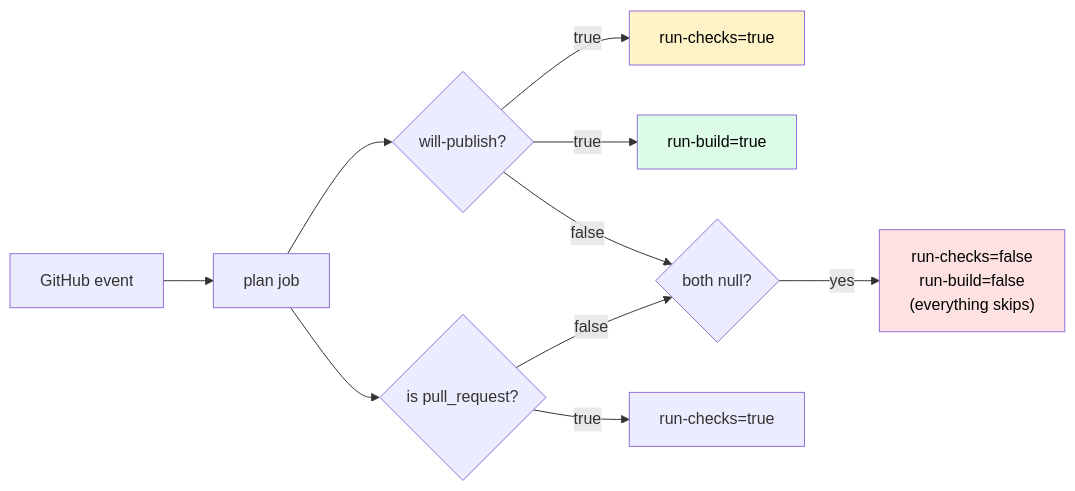
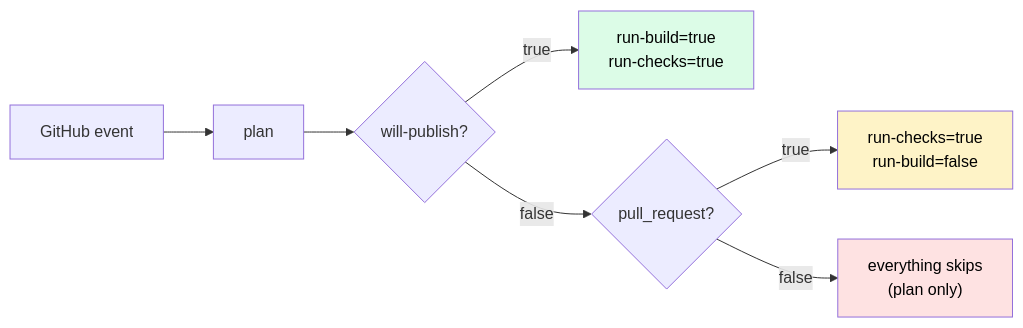
One commit to hyperi-io/hyperi-ci changed the third of 3 diagrams in docs/ARCHITECTURE.md. Above: the diagram before and after it, drawn with Mermaid. The commit also changed other lines of this file and 174 other files, not shown here.

````diff
--- a/docs/ARCHITECTURE.md
+++ b/docs/ARCHITECTURE.md
@@ -83,19 +103,12 @@
 ```mermaid
 flowchart LR
-    Event["GitHub event"] --> P["plan job"]
-    P --> WP{"will-publish?"}
-    P --> PR{"is pull_request?"}
-
-    WP -->|true| RC["run-checks=true"]
-    WP -->|true| RB["run-build=true"]
-    WP -->|false| BothFalse{both null?}
-
-    PR -->|true| RC2["run-checks=true"]
-    PR -->|false| BothFalse
-
-    BothFalse -->|yes| Skip["run-checks=false<br/>run-build=false<br/>(everything skips)"]
-
+    E["GitHub event"] --> P["plan"]
+    P --> WP{will-publish?}
+    WP -->|true| RB["run-build=true<br/>run-checks=true"]
+    WP -->|false| PR{pull_request?}
+    PR -->|true| RC["run-checks=true<br/>run-build=false"]
+    PR -->|false| SK["everything skips<br/>(plan only)"]
     style RB fill:#dcfce7,color:#000
     style RC fill:#fef3c7,color:#000
-    style Skip fill:#fee2e2,color:#000
+    style SK fill:#fee2e2,color:#000
 ```
````
